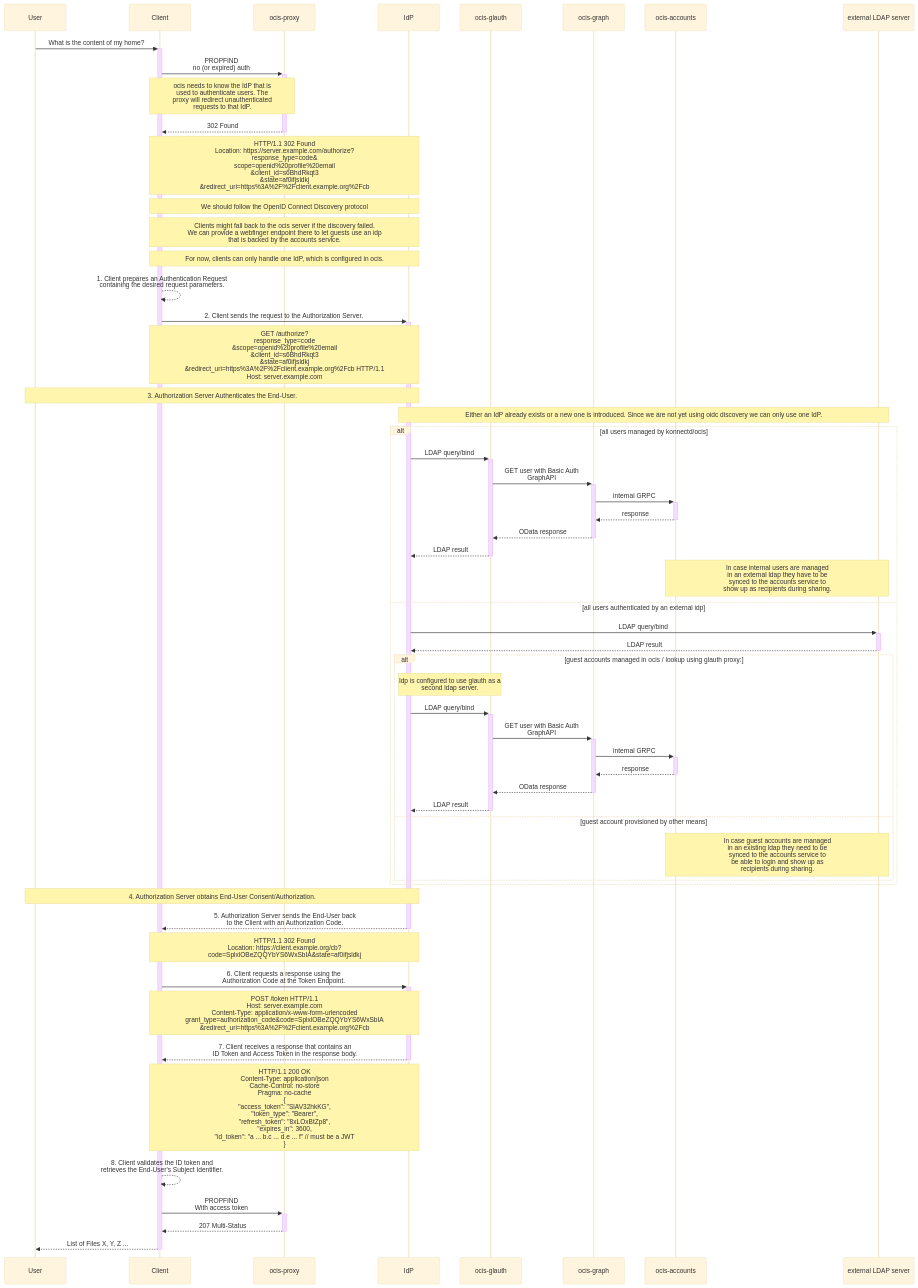
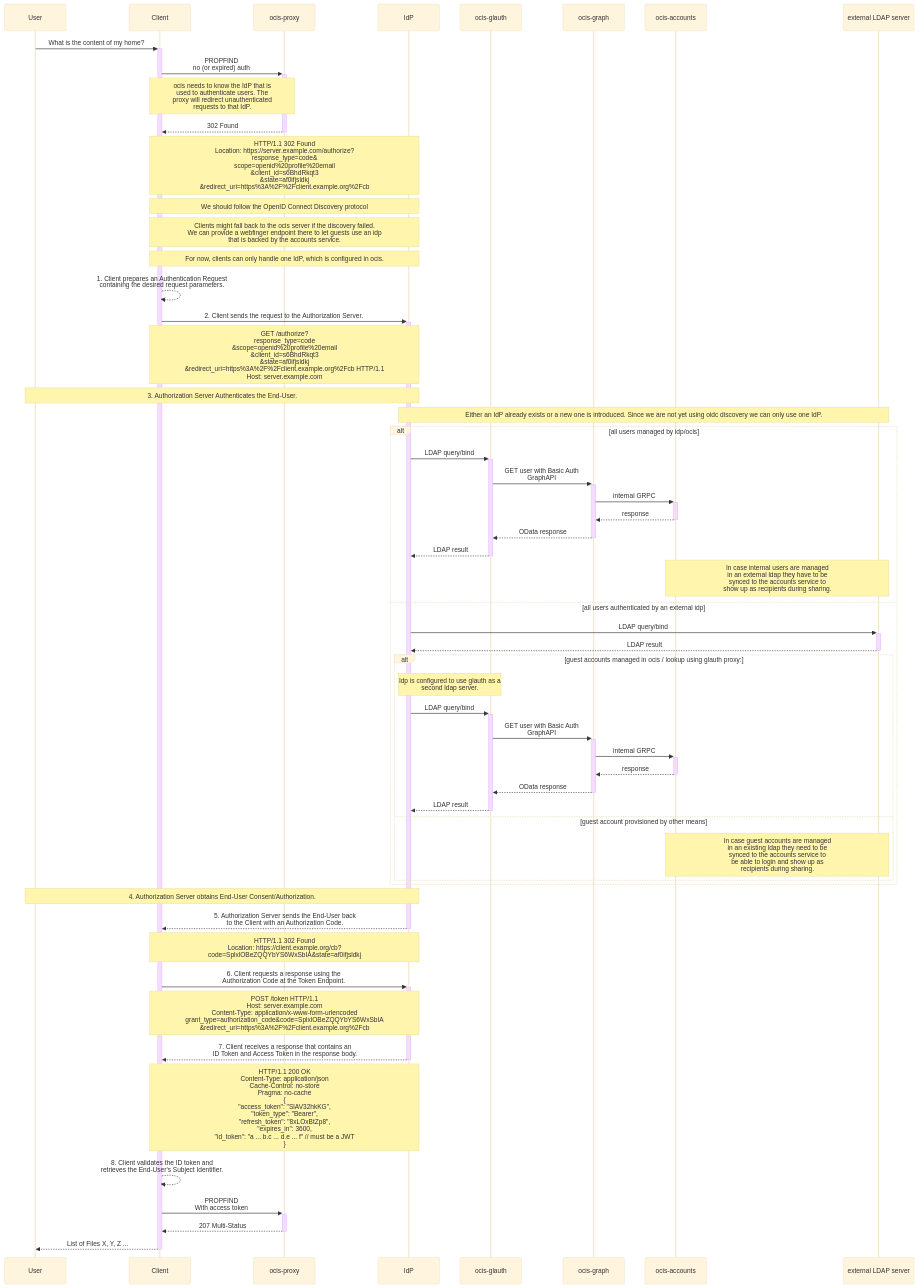
Before and after one commit to owncloud/ocis: the diagram in docs/ocis/flow-docs/login-flow.md, drawn with Mermaid (base theme). The commit also changed 198 other files, not shown here.

Commit message:
Rename konnectd to IDP

```diff
--- a/docs/ocis/flow-docs/login-flow.md
+++ b/docs/ocis/flow-docs/login-flow.md
@@ -15,71 +15,71 @@
 {{< mermaid class="text-center">}}
 sequenceDiagram
     %% we have comments!! \o/
     %% this documents the login workflow
     %% examples taken from the oidc spec https://openid.net/specs/openid-connect-core-1_0.html#CodeFlowAuth
     %% TODO add PKCE, see https://developer.okta.com/blog/2019/08/22/okta-authjs-pkce#use-pkce-to-make-your-apps-more-secure
     participant user as User
     participant client as Client
     participant proxy as ocis-proxy
     participant idp as IdP
     participant glauth as ocis-glauth
     participant graph as ocis-graph
     participant accounts as ocis-accounts
     participant ldap as external LDAP server
 
     user->>+client: What is the content of my home?
 
         client->>+proxy: PROPFIND <br> no (or expired) auth
         Note over client,proxy: ocis needs to know the IdP that is<br>used to authenticate users. The<br>proxy will redirect unauthenticated<br>requests to that IdP.
         proxy-->>-client: 302 Found
         Note over client, idp: HTTP/1.1 302 Found<br>Location: https://server.example.com/authorize?<br>response_type=code&<br>scope=openid%20profile%20email<br>&client_id=s6BhdRkqt3<br>&state=af0ifjsldkj<br>&redirect_uri=https%3A%2F%2Fclient.example.org%2Fcb
 
         Note over client, idp: We should follow the OpenID Connect Discovery protocol
         Note over client, idp: Clients might fall back to the ocis server if the discovery failed.<br>We can provide a webfinger endpoint there to let guests use an idp<br>that is backed by the accounts service.
         Note over client, idp: For now, clients can only handle one IdP, which is configured in ocis.
 
         client-->>client: 1. Client prepares an Authentication Request<br>containing the desired request parameters.
 
         client->>+idp: 2. Client sends the request to the Authorization Server.
         Note over client, idp: GET /authorize?<br>response_type=code<br>&scope=openid%20profile%20email<br>&client_id=s6BhdRkqt3<br>&state=af0ifjsldkj<br>&redirect_uri=https%3A%2F%2Fclient.example.org%2Fcb HTTP/1.1<br>Host: server.example.com
         Note over user, idp: 3. Authorization Server Authenticates the End-User.
         Note over idp,ldap: Either an IdP already exists or a new one is introduced. Since we are not yet using oidc discovery we can only use one IdP.
-        alt all users managed by konnectd/ocis
+        alt all users managed by idp/ocis
             idp->>+glauth: LDAP query/bind
             glauth->>+graph: GET user with Basic Auth<br>GraphAPI
             graph->>+accounts: internal GRPC
             accounts-->>-graph: response
             graph-->>-glauth: OData response
             glauth-->>-idp: LDAP result
             Note over accounts,ldap: In case internal users are managed<br>in an external ldap they have to be<br>synced to the accounts service to<br>show up as recipients during sharing.
         else all users authenticated by an external idp
             idp->>+ldap: LDAP query/bind
             ldap-->>-idp: LDAP result
             alt guest accounts managed in ocis / lookup using glauth proxy:
                 Note over idp,glauth: Idp is configured to use glauth as a<br>second ldap server.
                 idp->>+glauth: LDAP query/bind
                 glauth->>+graph: GET user with Basic Auth<br>GraphAPI
                 graph->>+accounts: internal GRPC
                 accounts-->>-graph: response
                 graph-->>-glauth: OData response
                 glauth-->>-idp: LDAP result
             else guest account provisioned by other means
                 Note over accounts, ldap: In case guest accounts are managed<br>in an existing ldap they need to be<br>synced to the accounts service to<br>be able to login and show up as<br>recipients during sharing.
             end
         end
         Note over user, idp: 4. Authorization Server obtains End-User Consent/Authorization.
         idp-->>-client: 5. Authorization Server sends the End-User back<br>to the Client with an Authorization Code.
         Note over client, idp: HTTP/1.1 302 Found<br>Location: https://client.example.org/cb?<br>code=SplxlOBeZQQYbYS6WxSbIA&state=af0ifjsldkj
 
         client->>+idp: 6. Client requests a response using the<br>Authorization Code at the Token Endpoint.
         Note over client, idp: POST /token HTTP/1.1<br>Host: server.example.com<br>Content-Type: application/x-www-form-urlencoded<br>grant_type=authorization_code&code=SplxlOBeZQQYbYS6WxSbIA<br>&redirect_uri=https%3A%2F%2Fclient.example.org%2Fcb
         idp-->>-client: 7. Client receives a response that contains an<br>ID Token and Access Token in the response body.
         Note over client, idp:  HTTP/1.1 200 OK<br>Content-Type: application/json<br>Cache-Control: no-store<br>Pragma: no-cache<br>{<br>"access_token": "SlAV32hkKG",<br>"token_type": "Bearer",<br>"refresh_token": "8xLOxBtZp8",<br>"expires_in": 3600,<br>"id_token": "a ... b.c ... d.e ... f" // must be a JWT<br>}
 
 
         client-->>client: 8. Client validates the ID token and<br>retrieves the End-User's Subject Identifier.
 
         client->>+proxy: PROPFIND <br> With access token
         proxy-->>-client: 207 Multi-Status
     client-->>-user: List of Files X, Y, Z ...
 {{< /mermaid >}}
```
